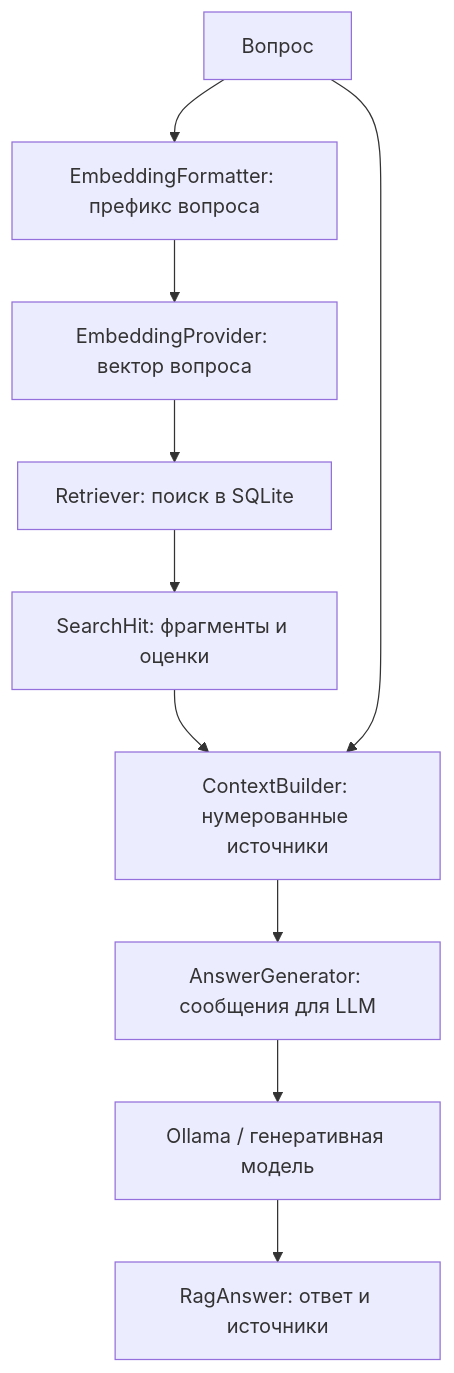
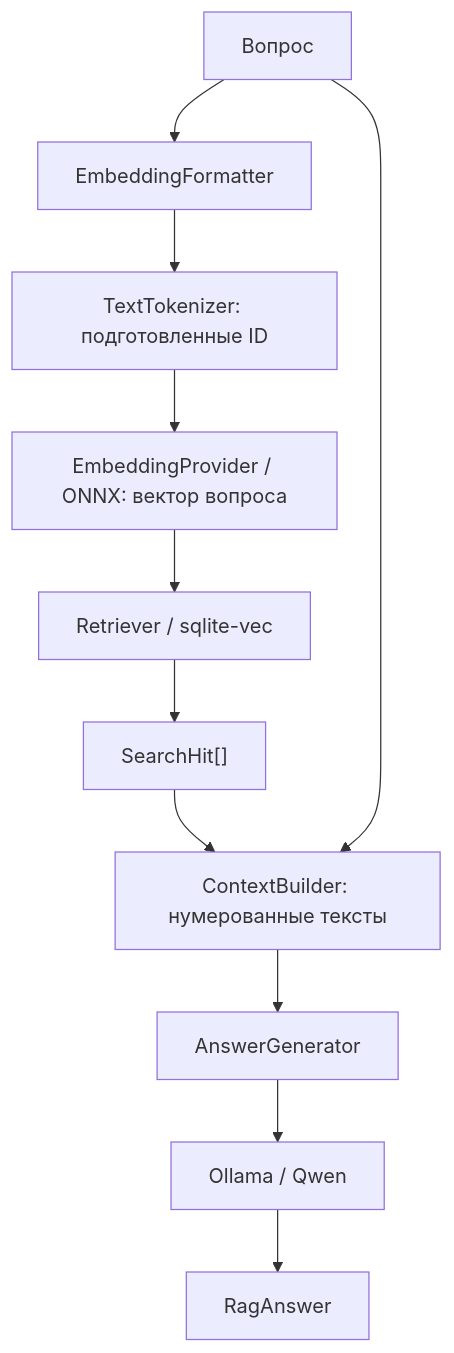
Before and after one commit to ichernetskii/multimodal-rag-knowledge-base: the second of 2 diagrams in README.ru.md, drawn with Mermaid. The commit also changed other lines of this file and 30 other files, not shown here.

````diff
--- a/README.ru.md
+++ b/README.ru.md
@@ -156,12 +162,13 @@
 ```mermaid
 flowchart TD
-  Q["Вопрос"] --> F["EmbeddingFormatter: префикс вопроса"]
-  F --> E["EmbeddingProvider: вектор вопроса"]
-  E --> R["Retriever: поиск в SQLite"]
-  R --> H["SearchHit: фрагменты и оценки"]
-  H --> C["ContextBuilder: нумерованные источники"]
+  Q["Вопрос"] --> F["EmbeddingFormatter"]
+  F --> T["TextTokenizer: подготовленные ID"]
+  T --> E["EmbeddingProvider / ONNX: вектор вопроса"]
+  E --> R["Retriever / sqlite-vec"]
+  R --> H["SearchHit[]"]
+  H --> C["ContextBuilder: нумерованные тексты"]
   Q --> C
-  C --> G["AnswerGenerator: сообщения для LLM"]
-  G --> O["Ollama / генеративная модель"]
-  O --> A["RagAnswer: ответ и источники"]
+  C --> G["AnswerGenerator"]
+  G --> O["Ollama / Qwen"]
+  O --> A["RagAnswer"]
 ```
````
